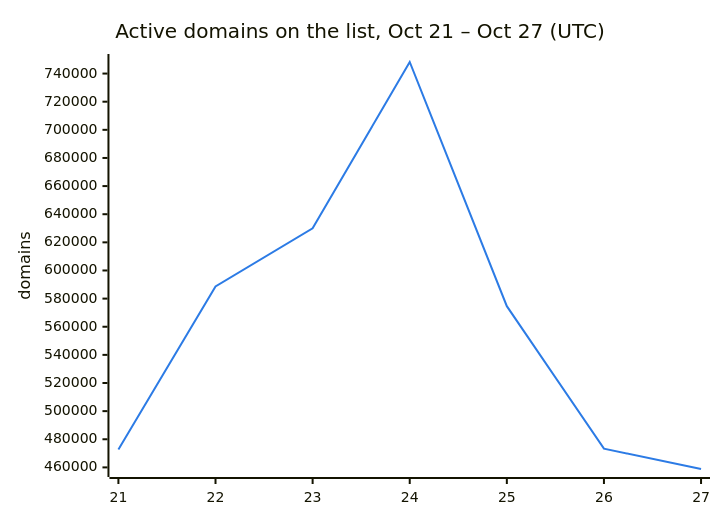
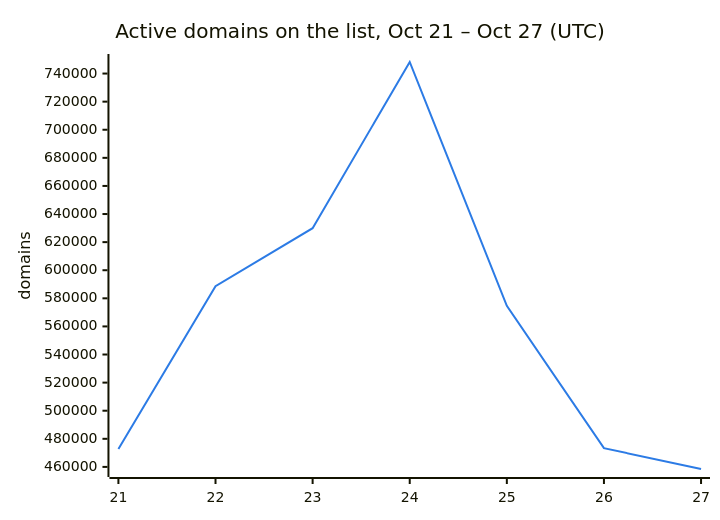
Before and after one commit to DNSBunker/CTI: the second of 3 diagrams in README.md, drawn with Mermaid. The commit also changed other lines of this file and 3 other files, not shown here.

````diff
--- a/README.md
+++ b/README.md
@@ -38,8 +38,8 @@
 ```mermaid
 %%{init: {"themeVariables": {"xyChart": {"plotColorPalette": "#2c7be5"}}}}%%
 xychart-beta
     title "Active domains on the list, Oct 21 – Oct 27 (UTC)"
     x-axis ["21", "22", "23", "24", "25", "26", "27"]
     y-axis "domains"
-    line [472713, 588659, 629951, 748222, 574614, 473331, 458860]
+    line [472713, 588659, 629951, 748222, 574614, 473331, 458508]
 ```
````
